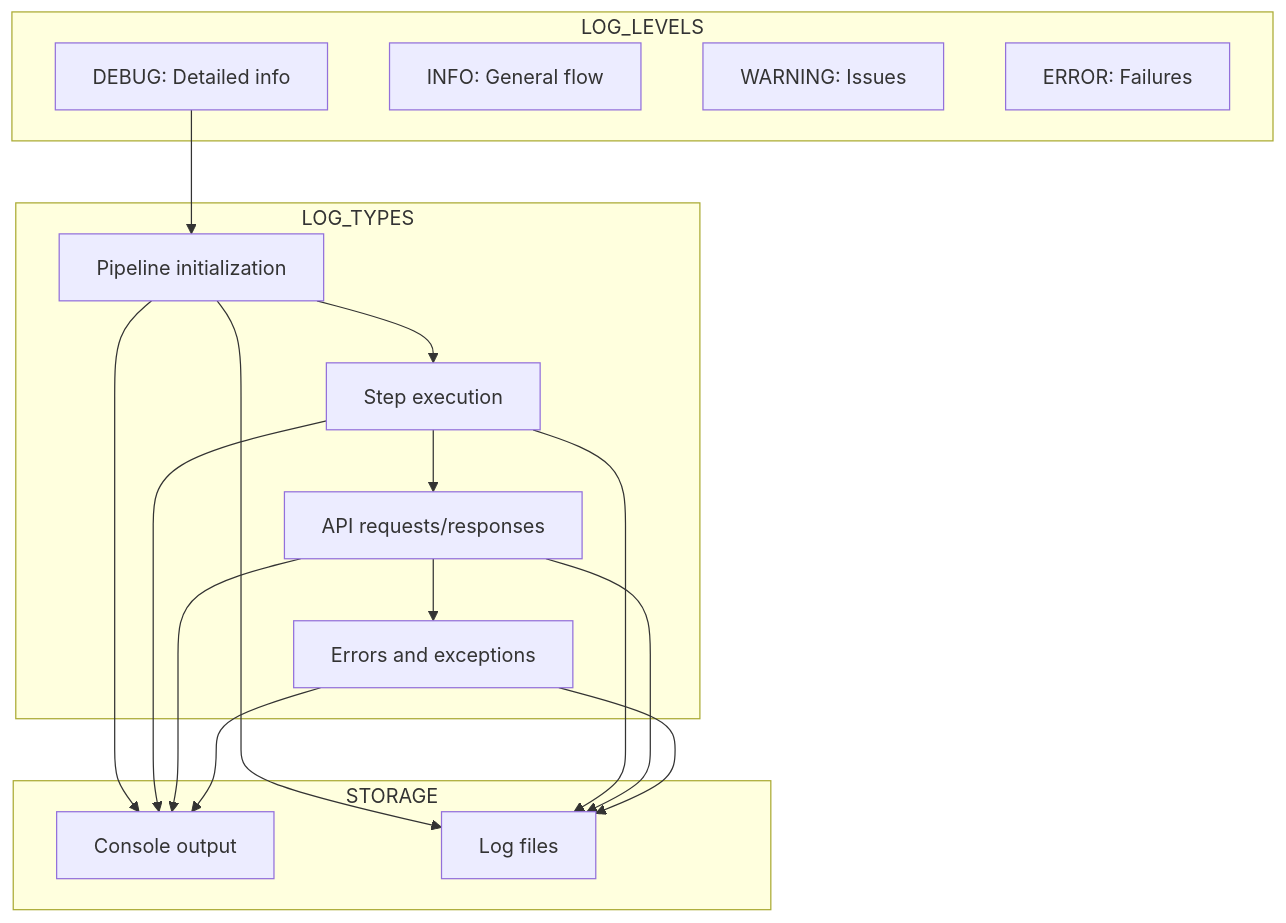
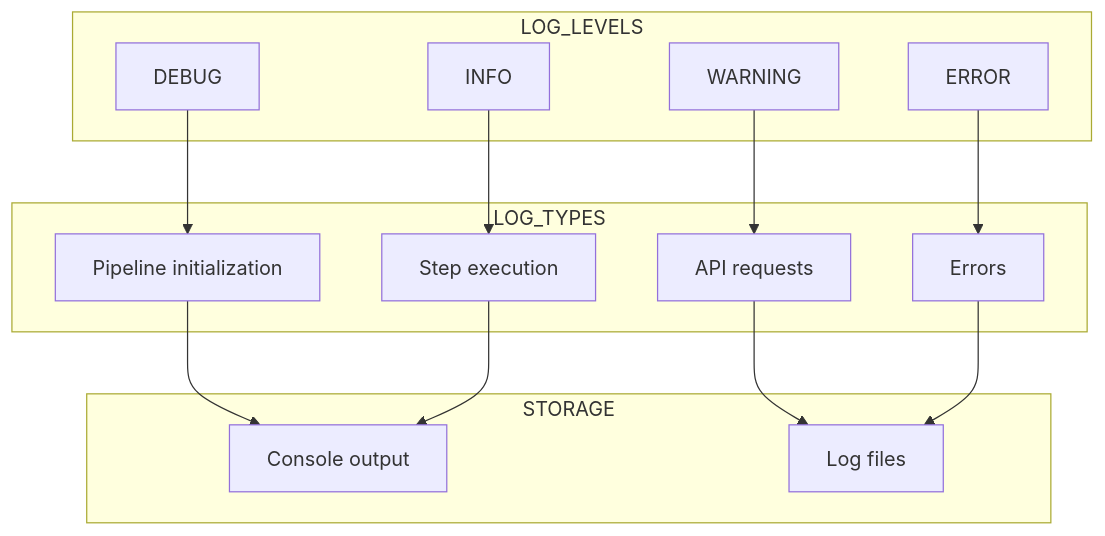
The fifth of 5 diagrams in examples/api_pipeline/09_api_logging/README.md (wisrovi/wpipe), drawn with Mermaid before and after one commit. The commit also changed other lines of this file and 8 other files, not shown here.

First line of the commit message:
Fix README files: English text and Mermaid diagrams

````diff
--- a/examples/api_pipeline/09_api_logging/README.md
+++ b/examples/api_pipeline/09_api_logging/README.md
@@ -75,24 +79,30 @@
 ```mermaid
 flowchart TB
     subgraph LOG_LEVELS
-        L1[DEBUG: Detailed info]
-        L2[INFO: General flow]
-        L3[WARNING: Issues]
-        L4[ERROR: Failures]
+        L1[DEBUG]
+        L2[INFO]
+        L3[WARNING]
+        L4[ERROR]
     end
     
     subgraph LOG_TYPES
         T1[Pipeline initialization]
         T2[Step execution]
-        T3[API requests/responses]
-        T4[Errors and exceptions]
+        T3[API requests]
+        T4[Errors]
     end
     
     subgraph STORAGE
         S1[Console output]
         S2[Log files]
     end
     
-    L1 --> T1 --> T2 --> T3 --> T4
-    T1 & T2 & T3 & T4 --> S1 & S2
+    L1 --> T1
+    L2 --> T2
+    L3 --> T3
+    L4 --> T4
+    T1 --> S1
+    T2 --> S1
+    T3 --> S2
+    T4 --> S2
 ```
````
